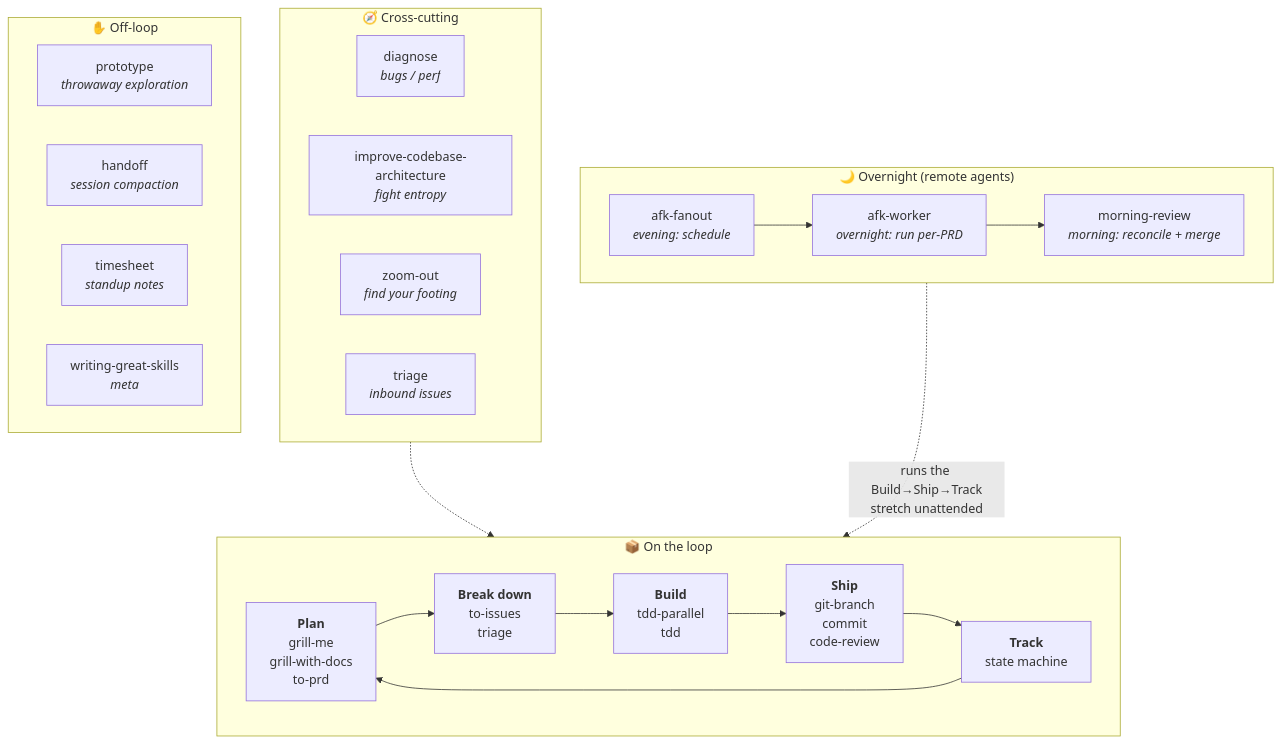
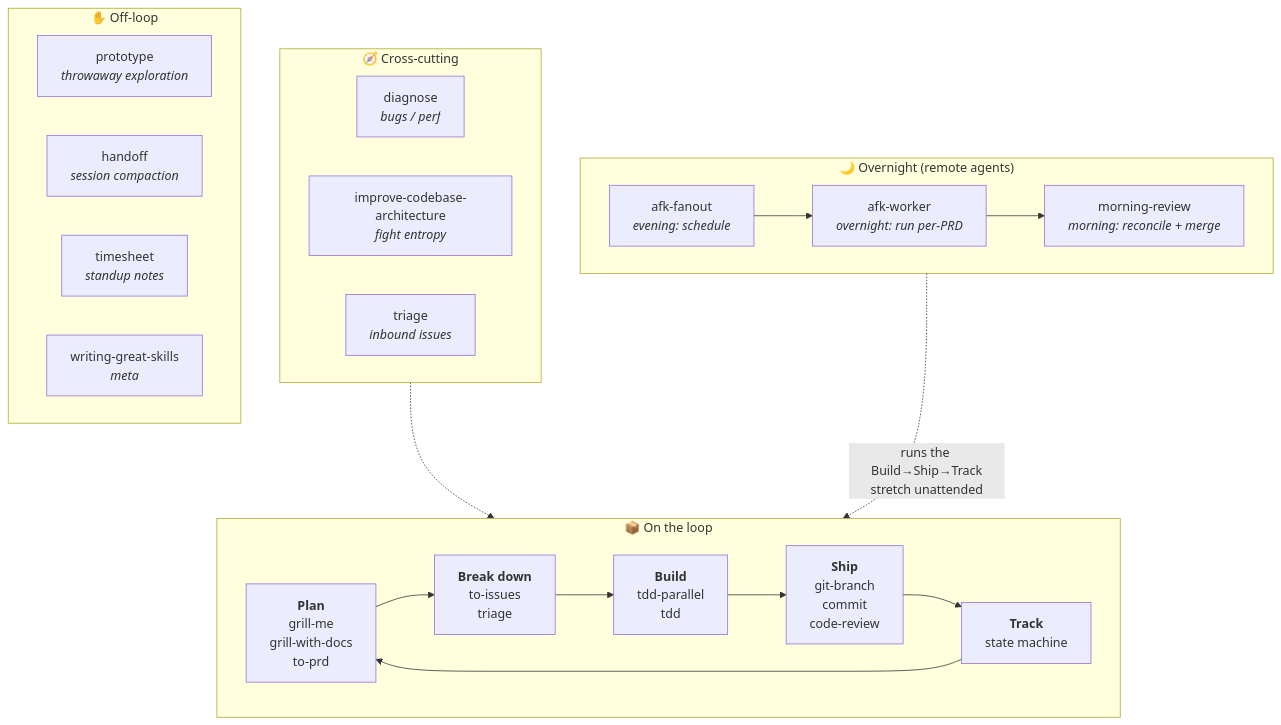
Before and after one commit to ZunoSmartLabs/zsl-superpowers: the second of 9 diagrams in docs/workflow.md, drawn with Mermaid. The commit also changed other lines of this file and 14 other files, not shown here.

First line of the commit message:
chore(zoom-out): remove the zoom-out skill from every surface (#15)

````diff
--- a/docs/workflow.md
+++ b/docs/workflow.md
@@ -44,32 +44,31 @@
 ```mermaid
 flowchart TB
     subgraph loop["📦 On the loop"]
         direction LR
         a["`**Plan**<br/>grill-me<br/>grill-with-docs<br/>to-prd`"] --> b["`**Break down**<br/>to-issues<br/>triage`"]
         b --> c["`**Build**<br/>tdd-parallel<br/>tdd`"]
         c --> d["`**Ship**<br/>git-branch<br/>commit<br/>code-review`"]
         d --> e["`**Track**<br/>state machine`"]
         e --> a
     end
     subgraph cross["🧭 Cross-cutting"]
         direction LR
         x1["diagnose<br/><i>bugs / perf</i>"]
         x2["improve-codebase-architecture<br/><i>fight entropy</i>"]
-        x3["zoom-out<br/><i>find your footing</i>"]
         x4["triage<br/><i>inbound issues</i>"]
     end
     subgraph overnight["🌙 Overnight (remote agents)"]
         direction LR
         n1["afk-fanout<br/><i>evening: schedule</i>"] --> n2["afk-worker<br/><i>overnight: run per-PRD</i>"]
         n2 --> n3["morning-review<br/><i>morning: reconcile + merge</i>"]
     end
     subgraph offloop["✋ Off-loop"]
         direction LR
         o1["prototype<br/><i>throwaway exploration</i>"]
         o2["handoff<br/><i>session compaction</i>"]
         o3["timesheet<br/><i>standup notes</i>"]
         o5["writing-great-skills<br/><i>meta</i>"]
     end
     cross -.-> loop
     overnight -.->|"runs the Build→Ship→Track<br/>stretch unattended"| loop
 ```
````
